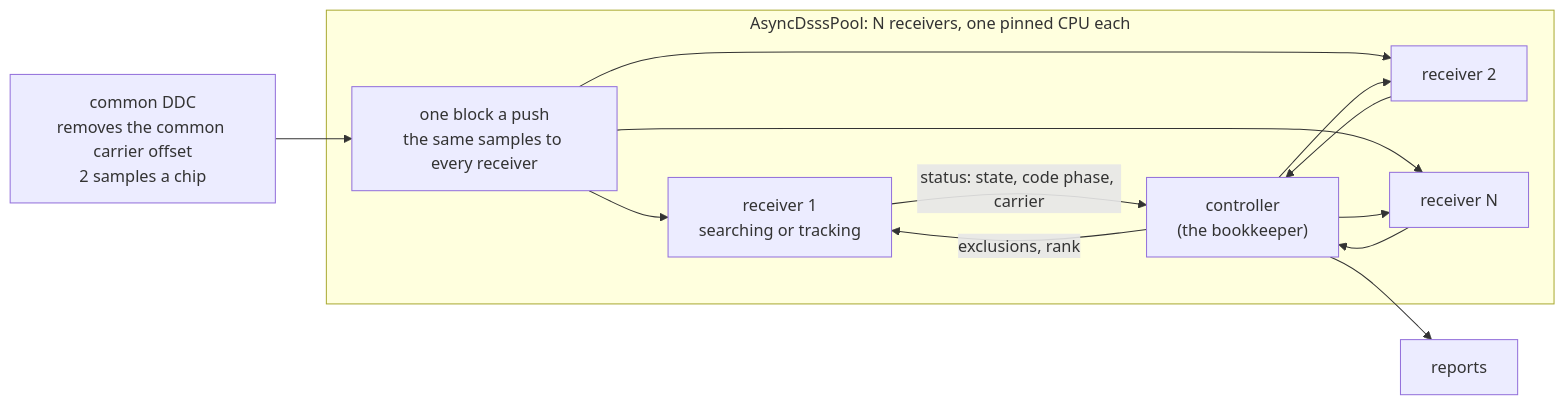
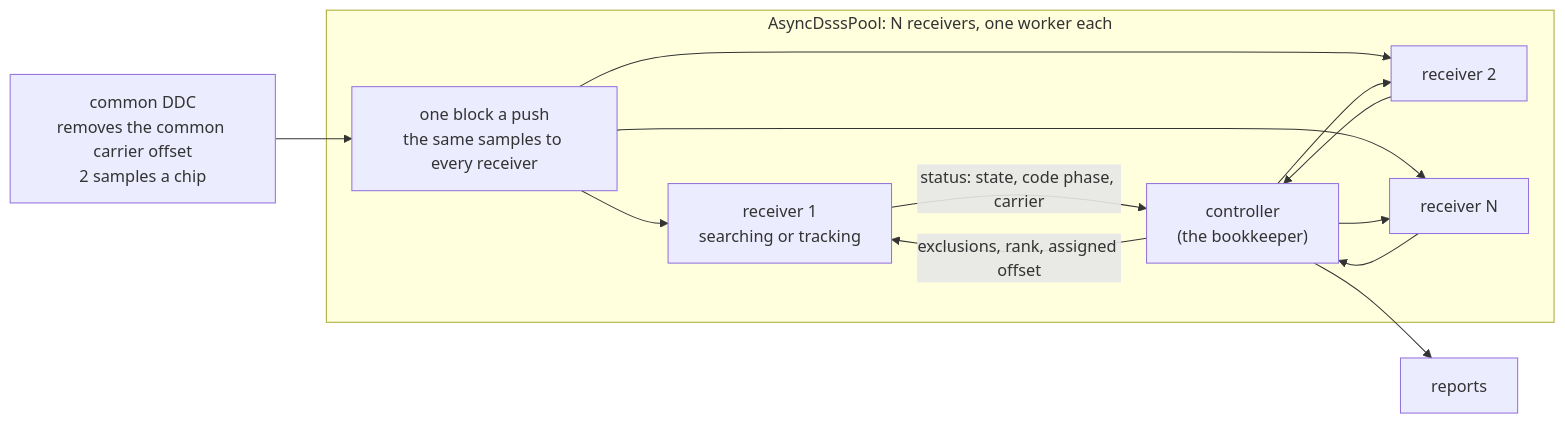
Before and after one commit to doppler-dsp/doppler: the diagram in docs/design/async-dsss-parallel.md, drawn with Mermaid. The commit also changed other lines of this file, not shown here.

First line of the commit message:
docs(design): the review's eight fixes, and an assigned offset kept open

````diff
--- a/docs/design/async-dsss-parallel.md
+++ b/docs/design/async-dsss-parallel.md
@@ -70,16 +73,16 @@
 ```mermaid
 flowchart LR
     DDC["common DDC<br/>removes the common carrier offset<br/>2 samples a chip"] --> B["one block a push<br/>the same samples to every receiver"]
-    subgraph POOL["AsyncDsssPool: N receivers, one pinned CPU each"]
+    subgraph POOL["AsyncDsssPool: N receivers, one worker each"]
         B --> R1["receiver 1<br/>searching or tracking"]
         B --> R2["receiver 2"]
         B --> RN["receiver N"]
         R1 -->|"status: state, code phase, carrier"| C["controller<br/>(the bookkeeper)"]
         R2 --> C
         RN --> C
-        C -->|"exclusions, rank"| R1
+        C -->|"exclusions, rank, assigned offset"| R1
         C --> R2
         C --> RN
     end
     C --> OUT["reports"]
 ```
````
